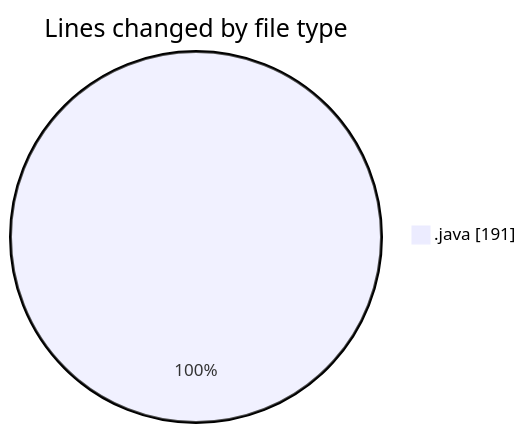
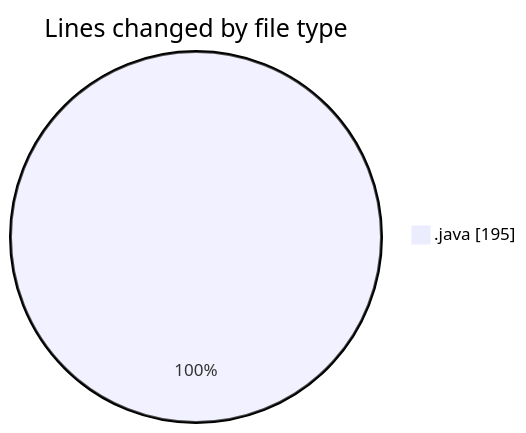
Before and after one commit to NitaiMahat/code-tracking: the first of 2 diagrams in 2025-01-30/java/README.md, drawn with Mermaid. The commit also changed other lines of this file and 1 other file, not shown here.

````diff
--- a/2025-01-30/java/README.md
+++ b/2025-01-30/java/README.md
@@ -20,5 +20,5 @@
 ```mermaid
 pie showData
 title Lines changed by file type
-".java" : 191
+".java" : 195
 ```
````
